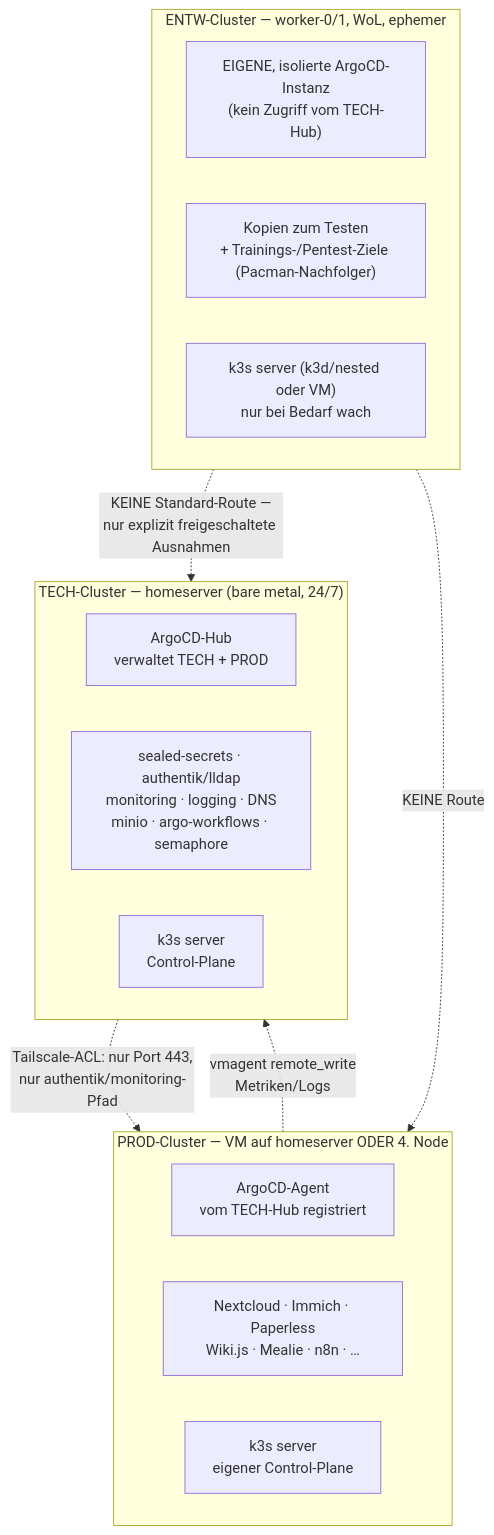
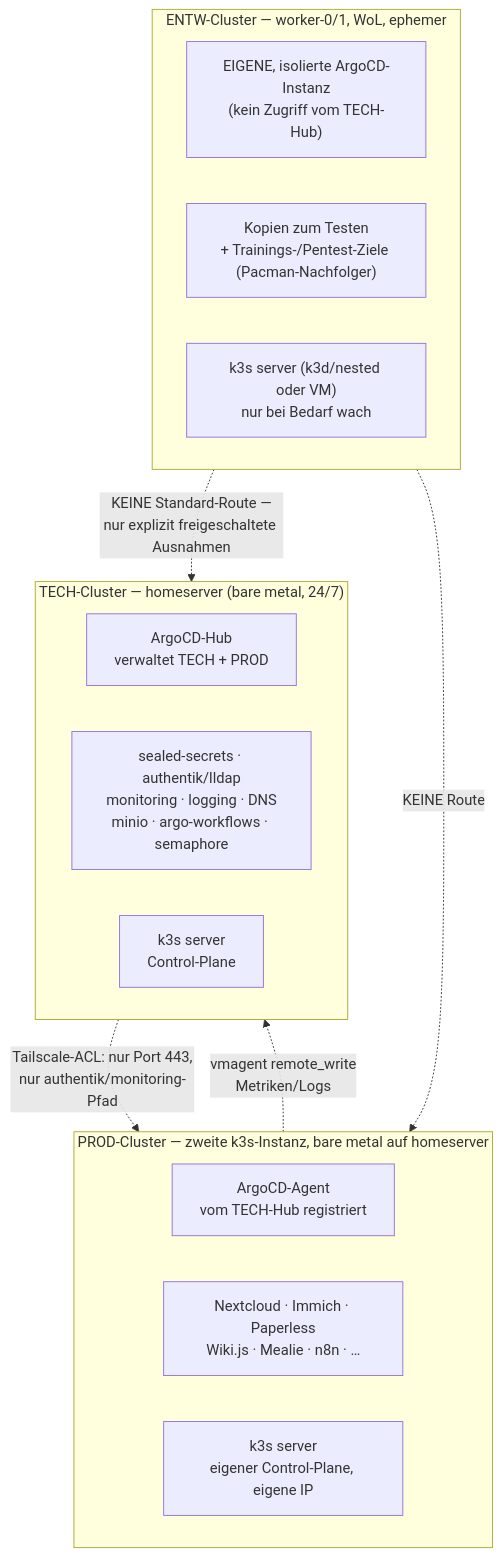
Before and after one commit to pkr-lab/capulus-core: the diagram in docs/4-planung/40080-multi-cluster-entw-prod-tech.md, drawn with Mermaid. The commit also changed other lines of this file, not shown here.

Commit message:
feat: update PROD cluster configuration to use a second k3s instance on bare metal with dedicated IP

````diff
--- a/docs/4-planung/40080-multi-cluster-entw-prod-tech.md
+++ b/docs/4-planung/40080-multi-cluster-entw-prod-tech.md
@@ -138,28 +138,28 @@
 ```mermaid
 flowchart TB
     subgraph TECH["TECH-Cluster — homeserver (bare metal, 24/7)"]
         direction LR
         T1["ArgoCD-Hub<br/>verwaltet TECH + PROD"]
         T2["sealed-secrets · authentik/lldap<br/>monitoring · logging · DNS<br/>minio · argo-workflows · semaphore"]
         T3["k3s server<br/>Control-Plane"]
     end
 
-    subgraph PROD["PROD-Cluster — VM auf homeserver ODER 4. Node"]
+    subgraph PROD["PROD-Cluster — zweite k3s-Instanz, bare metal auf homeserver"]
         direction LR
         P1["ArgoCD-Agent<br/>vom TECH-Hub registriert"]
         P2["Nextcloud · Immich · Paperless<br/>Wiki.js · Mealie · n8n · …"]
-        P3["k3s server<br/>eigener Control-Plane"]
+        P3["k3s server<br/>eigener Control-Plane, eigene IP"]
     end
 
     subgraph ENTW["ENTW-Cluster — worker-0/1, WoL, ephemer"]
         direction LR
         E1["EIGENE, isolierte ArgoCD-Instanz<br/>(kein Zugriff vom TECH-Hub)"]
         E2["Kopien zum Testen<br/>+ Trainings-/Pentest-Ziele (Pacman-Nachfolger)"]
         E3["k3s server (k3d/nested oder VM)<br/>nur bei Bedarf wach"]
     end
 
     TECH -.->|"Tailscale-ACL: nur Port 443,<br/>nur authentik/monitoring-Pfad"| PROD
     PROD -.->|"vmagent remote_write<br/>Metriken/Logs"| TECH
     ENTW -.->|"KEINE Standard-Route —<br/>nur explizit freigeschaltete Ausnahmen"| TECH
     ENTW -.->|"KEINE Route"| PROD
 ```
````
